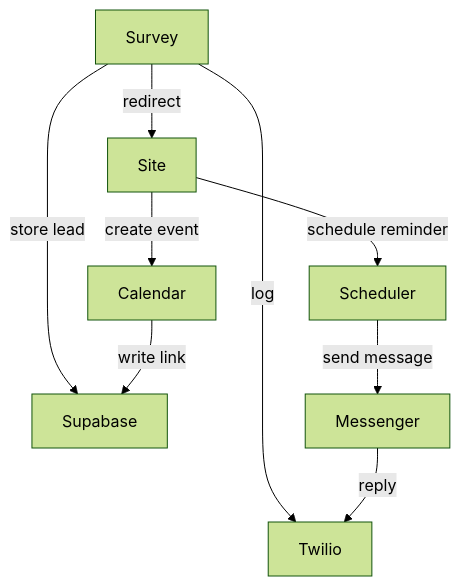
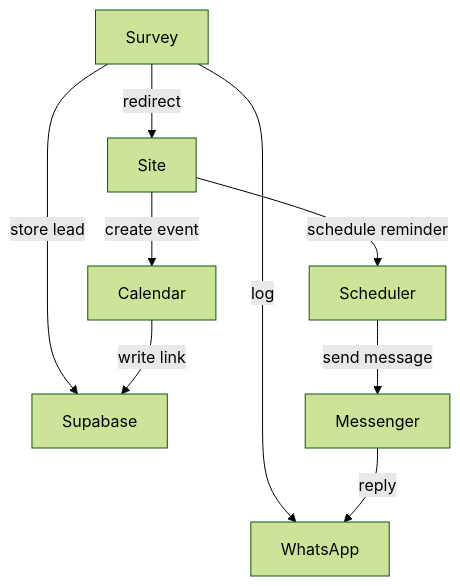
The diagram in docs/survey-flow.md (RichardSun026/Lead), drawn with Mermaid (forest theme) before and after one commit. The commit also changed other lines of this file and 20 other files, not shown here.

Commit message:
chore: migrate to WhatsApp Cloud API

````diff
--- a/docs/survey-flow.md
+++ b/docs/survey-flow.md
@@ -30,11 +30,11 @@
 ```mermaid
 flowchart TD
     Survey -->|store lead| Supabase
-    Survey -->|log| Twilio
+    Survey -->|log| WhatsApp
     Survey -->|redirect| Site
     Site -->|create event| Calendar
     Calendar -->|write link| Supabase
     Site -->|schedule reminder| Scheduler
     Scheduler -->|send message| Messenger
-    Messenger -->|reply| Twilio
+    Messenger -->|reply| WhatsApp
 ```
````
